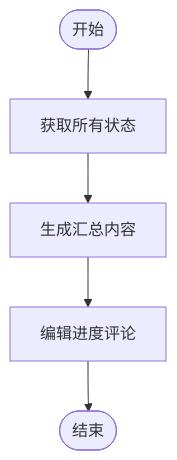
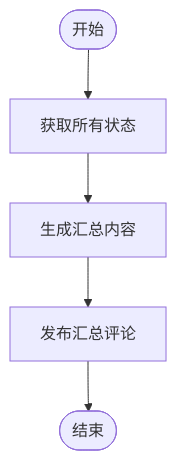
Before and after one commit to notdp/.dotfiles: the diagram in skills/duo-review/stages/5-summary.md, drawn with Mermaid. The commit also changed other lines of this file, not shown here.

````diff
--- a/skills/duo-review/stages/5-summary.md
+++ b/skills/duo-review/stages/5-summary.md
@@ -7,7 +7,7 @@
 ```mermaid
 flowchart TD
     Start([开始]) --> Get[获取所有状态]
     Get --> Gen[生成汇总内容]
-    Gen --> Edit[编辑进度评论]
-    Edit --> End([结束])
+    Gen --> Post[发布汇总评论]
+    Post --> End([结束])
 ```
````
